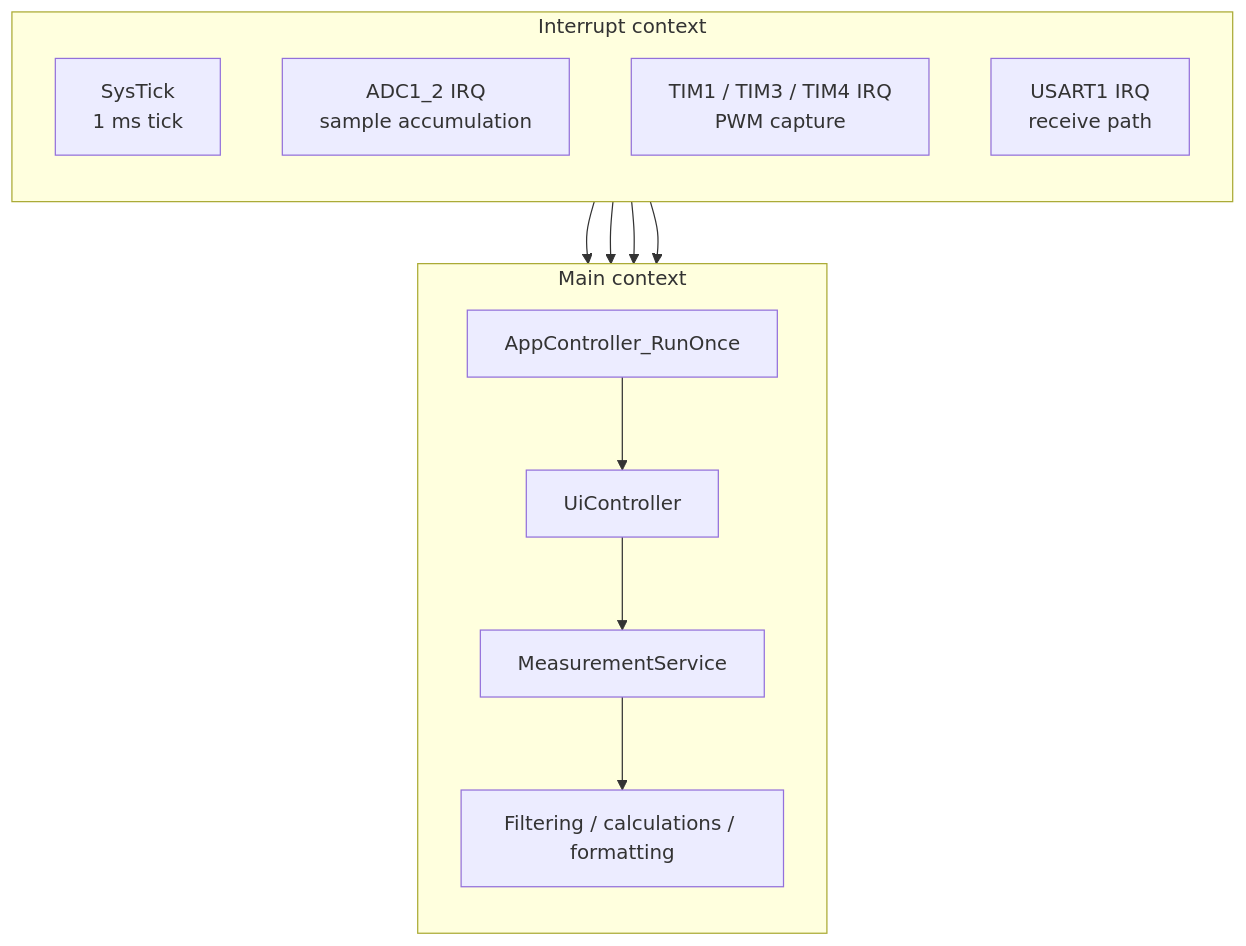
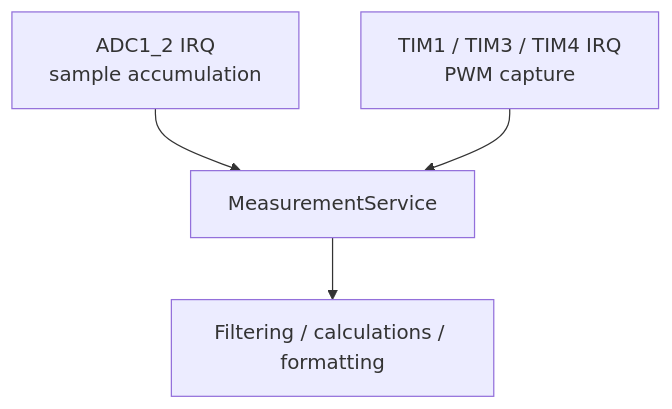
The seventh of 22 diagrams in README.md (haikevins/Multimeter_Project), drawn with Mermaid before and after one commit. The commit also changed other lines of this file, not shown here.

````diff
--- a/README.md
+++ b/README.md
@@ -382,22 +395,6 @@
 ```mermaid
 flowchart TB
-    subgraph ISR["Interrupt context"]
-        direction TB
-        SYSTICK["SysTick<br/>1 ms tick"]
-        ADCIRQ["ADC1_2 IRQ<br/>sample accumulation"]
-        TIMIRQ["TIM1 / TIM3 / TIM4 IRQ<br/>PWM capture"]
-        UARTIRQ["USART1 IRQ<br/>receive path"]
-    end
-
-    subgraph MAIN["Main context"]
-        direction TB
-        APP["AppController_RunOnce"] --> UI["UiController"]
-        UI --> MEAS["MeasurementService"]
-        MEAS --> FORMAT["Filtering / calculations / formatting"]
-    end
-
-    SYSTICK --> APP
-    ADCIRQ --> MEAS
-    TIMIRQ --> MEAS
-    UARTIRQ --> APP
+    ADCIRQ["ADC1_2 IRQ<br/>sample accumulation"] --> MEAS["MeasurementService"]
+    TIMIRQ["TIM1 / TIM3 / TIM4 IRQ<br/>PWM capture"] --> MEAS
+    MEAS --> FORMAT["Filtering / calculations / formatting"]
 ```
````
